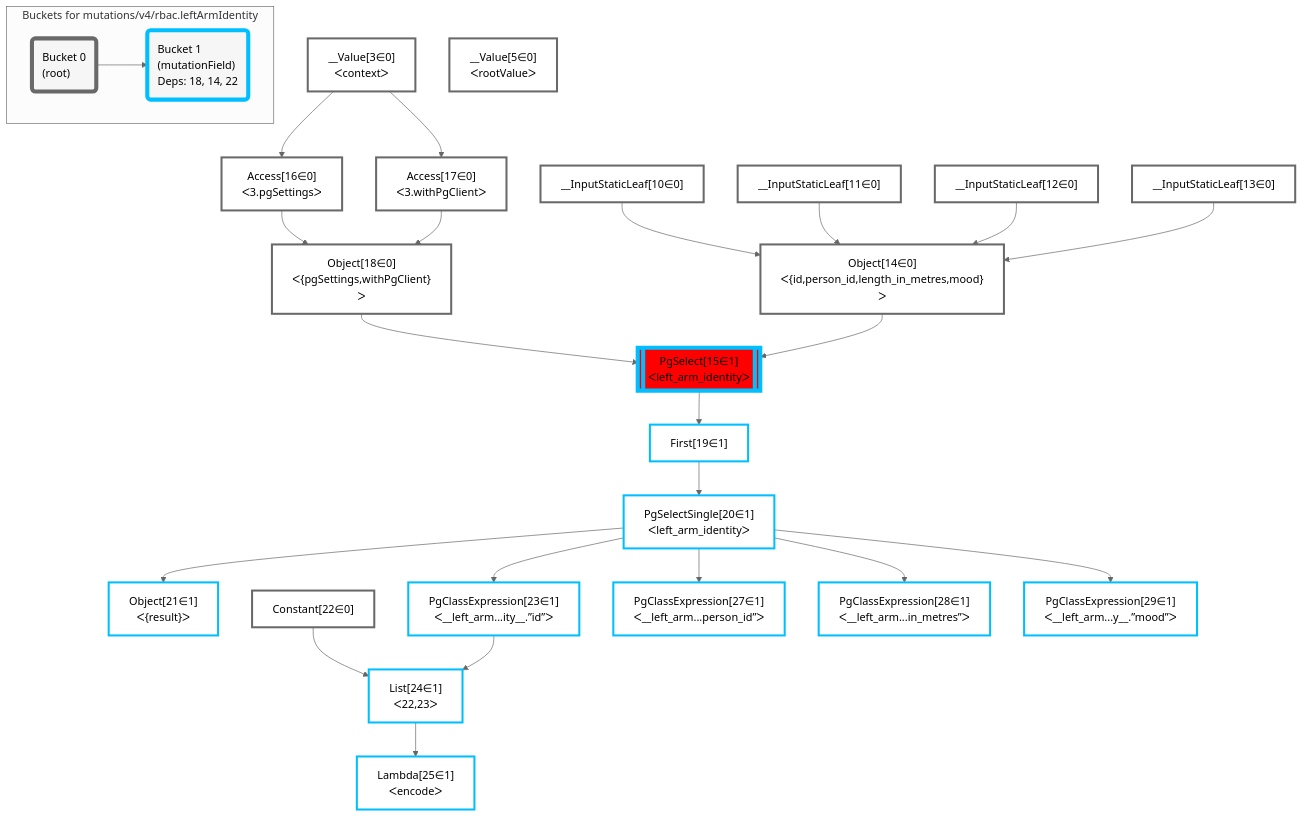
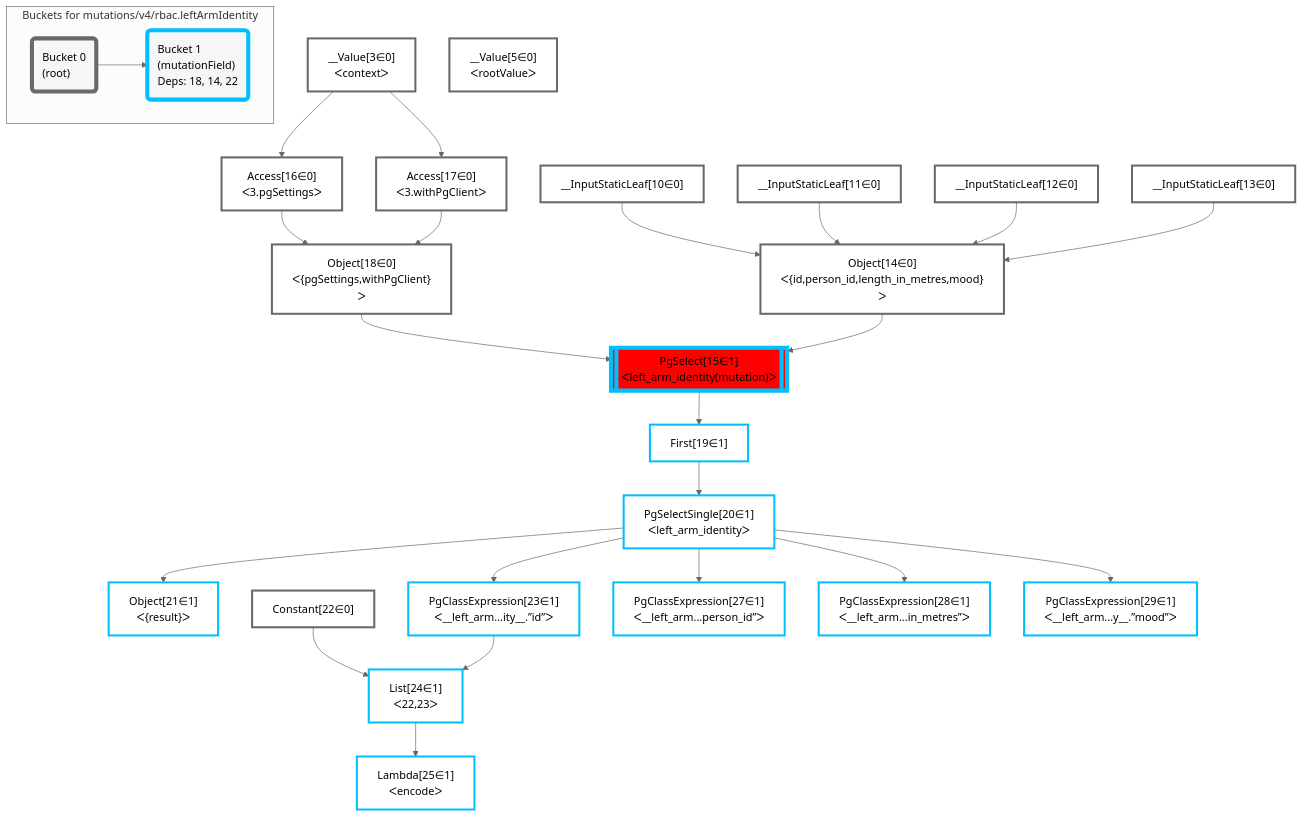
The diagram in packages/postgraphile/__tests__/mutations/v4/rbac.leftArmIdentity.mermaid (graphile/crystal), drawn with Mermaid (neutral theme) before and after one commit. The commit also changed 18 other files, not shown here.

Commit message:
Update mermaid snapshots

```diff
--- a/packages/postgraphile/__tests__/mutations/v4/rbac.leftArmIdentity.mermaid
+++ b/packages/postgraphile/__tests__/mutations/v4/rbac.leftArmIdentity.mermaid
@@ -1,58 +1,58 @@
 graph TD
     classDef path fill:#eee,stroke:#000,color:#000
     classDef plan fill:#fff,stroke-width:3px,color:#000
     classDef itemplan fill:#fff,stroke-width:6px,color:#000
     classDef sideeffectplan fill:#f00,stroke-width:6px,color:#000
     classDef bucket fill:#f6f6f6,color:#000,stroke-width:6px,text-align:left
 
 
     %% define steps
     __Value3["__Value[3∈0]<br />ᐸcontextᐳ"]:::plan
     __Value5["__Value[5∈0]<br />ᐸrootValueᐳ"]:::plan
     __InputStaticLeaf10["__InputStaticLeaf[10∈0]"]:::plan
     __InputStaticLeaf11["__InputStaticLeaf[11∈0]"]:::plan
     __InputStaticLeaf12["__InputStaticLeaf[12∈0]"]:::plan
     __InputStaticLeaf13["__InputStaticLeaf[13∈0]"]:::plan
     Object14["Object[14∈0]<br />ᐸ{id,person_id,length_in_metres,mood}ᐳ"]:::plan
     Access16["Access[16∈0]<br />ᐸ3.pgSettingsᐳ"]:::plan
     Access17["Access[17∈0]<br />ᐸ3.withPgClientᐳ"]:::plan
     Object18["Object[18∈0]<br />ᐸ{pgSettings,withPgClient}ᐳ"]:::plan
-    PgSelect15[["PgSelect[15∈1]<br />ᐸleft_arm_identityᐳ"]]:::sideeffectplan
+    PgSelect15[["PgSelect[15∈1]<br />ᐸleft_arm_identity(mutation)ᐳ"]]:::sideeffectplan
     First19["First[19∈1]"]:::plan
     PgSelectSingle20["PgSelectSingle[20∈1]<br />ᐸleft_arm_identityᐳ"]:::plan
     Object21["Object[21∈1]<br />ᐸ{result}ᐳ"]:::plan
     Constant22["Constant[22∈0]"]:::plan
     PgClassExpression23["PgClassExpression[23∈1]<br />ᐸ__left_arm...ity__.”id”ᐳ"]:::plan
     List24["List[24∈1]<br />ᐸ22,23ᐳ"]:::plan
     Lambda25["Lambda[25∈1]<br />ᐸencodeᐳ"]:::plan
     PgClassExpression27["PgClassExpression[27∈1]<br />ᐸ__left_arm...person_id”ᐳ"]:::plan
     PgClassExpression28["PgClassExpression[28∈1]<br />ᐸ__left_arm...in_metres”ᐳ"]:::plan
     PgClassExpression29["PgClassExpression[29∈1]<br />ᐸ__left_arm...y__.”mood”ᐳ"]:::plan
 
     %% plan dependencies
     __InputStaticLeaf10 & __InputStaticLeaf11 & __InputStaticLeaf12 & __InputStaticLeaf13 --> Object14
     __Value3 --> Access16
     __Value3 --> Access17
     Access16 & Access17 --> Object18
     Object18 & Object14 --> PgSelect15
     PgSelect15 --> First19
     First19 --> PgSelectSingle20
     PgSelectSingle20 --> Object21
     PgSelectSingle20 --> PgClassExpression23
     Constant22 & PgClassExpression23 --> List24
     List24 --> Lambda25
     PgSelectSingle20 --> PgClassExpression27
     PgSelectSingle20 --> PgClassExpression28
     PgSelectSingle20 --> PgClassExpression29
 
     %% plan-to-path relationships
 
     subgraph "Buckets for mutations/v4/rbac.leftArmIdentity"
     Bucket0("Bucket 0<br />(root)"):::bucket
     classDef bucket0 stroke:#696969
     class Bucket0,__Value3,__Value5,__InputStaticLeaf10,__InputStaticLeaf11,__InputStaticLeaf12,__InputStaticLeaf13,Object14,Access16,Access17,Object18,Constant22 bucket0
     Bucket1("Bucket 1<br />(mutationField)<br />Deps: 18, 14, 22"):::bucket
     classDef bucket1 stroke:#00bfff
     class Bucket1,PgSelect15,First19,PgSelectSingle20,Object21,PgClassExpression23,List24,Lambda25,PgClassExpression27,PgClassExpression28,PgClassExpression29 bucket1
     Bucket0 --> Bucket1
     end
```
